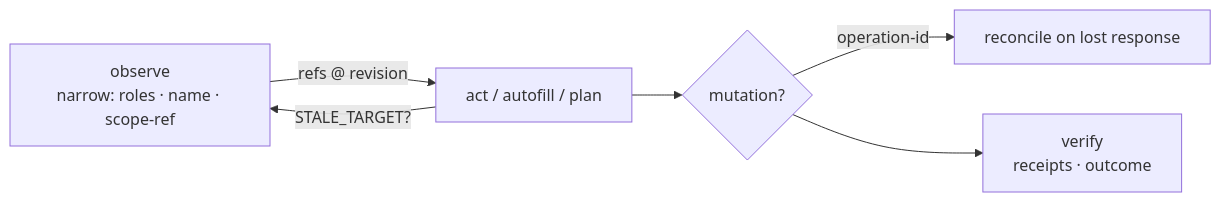
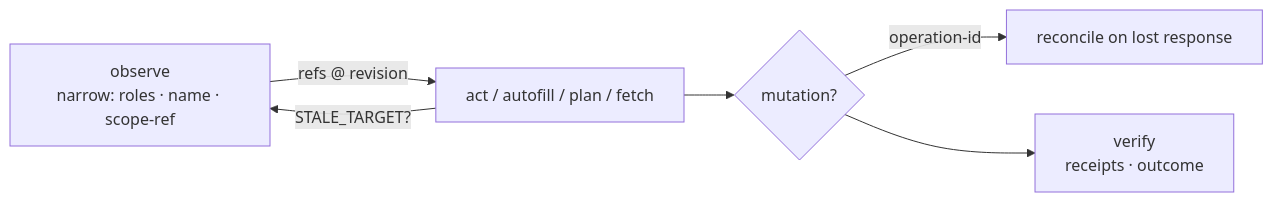
Before and after one commit to anvai-labs/agentbrowser: the diagram in docs/index.md, drawn with Mermaid. The commit also changed other lines of this file and 8 other files, not shown here.

First line of the commit message:
docs: reconcile the remaining trees to 1.32.0 (home, ADRs, milestones, operations diagram)

````diff
--- a/docs/index.md
+++ b/docs/index.md
@@ -37,8 +44,8 @@
 ```mermaid
 flowchart LR
-    A[observe<br/>narrow: roles · name · scope-ref] -->|refs @ revision| B[act / autofill / plan]
+    A[observe<br/>narrow: roles · name · scope-ref] -->|refs @ revision| B[act / autofill / plan / fetch]
     B -->|STALE_TARGET?| A
     B --> C{mutation?}
     C -->|operation-id| D[reconcile on lost response]
     C --> E[verify<br/>receipts · outcome]
 ```
````
